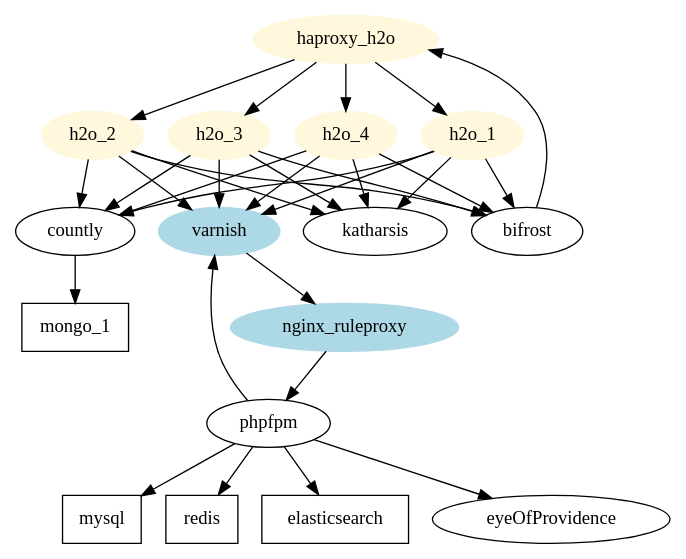
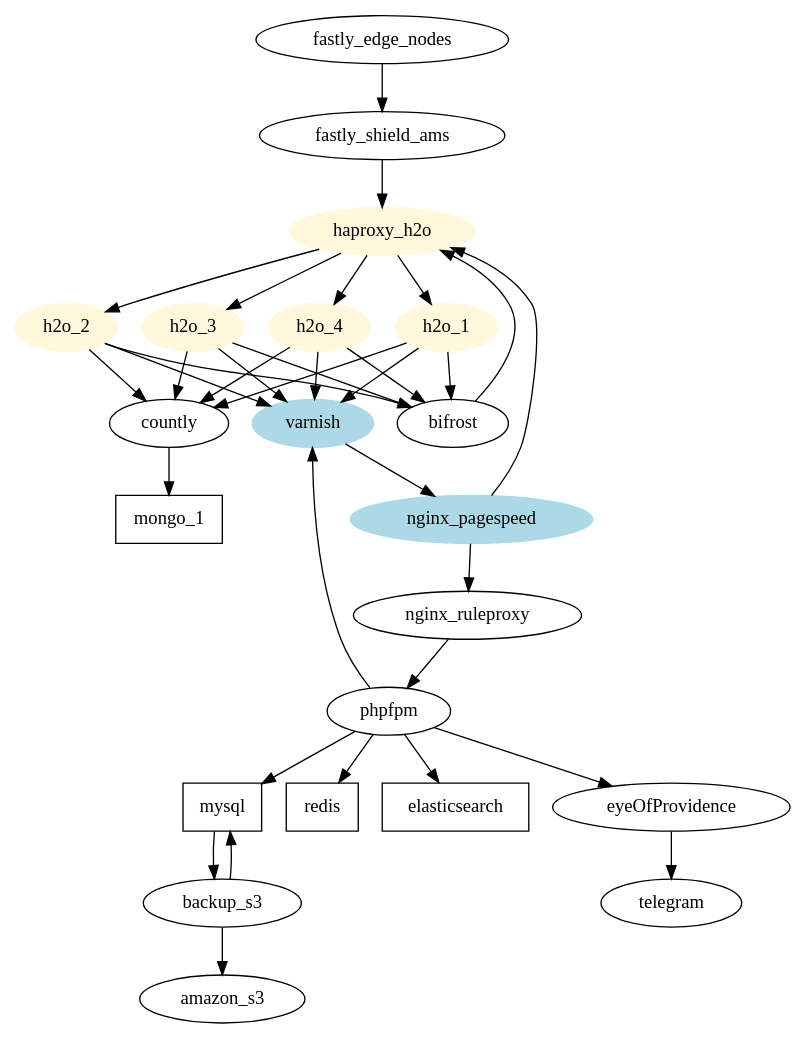
The diagram in architecture.dot (psychonautwiki/dmt-infrastructure), drawn with Graphviz before and after one commit. The commit also changed 39 other files, not shown here.

```diff
--- a/architecture.dot
+++ b/architecture.dot
@@ -1,59 +1,66 @@
 digraph G {
     subgraph incoming {
         node [style=filled,color=cornsilk];
 
         haproxy_h2o -> h2o_1;
         haproxy_h2o -> h2o_2;
         haproxy_h2o -> h2o_3;
         haproxy_h2o -> h2o_4;
 
         label = "h2o";
         color=blue
     }
 
     subgraph balance {
         node [style=filled,color=lightblue];
 
-        varnish -> nginx_ruleproxy;
+        varnish -> nginx_pagespeed;
 
         label = "Caching";
     }
+
+    fastly_edge_nodes -> fastly_shield_ams;
+
+    fastly_shield_ams -> haproxy_h2o;
 
     h2o_1 -> varnish;
     h2o_2 -> varnish;
     h2o_3 -> varnish;
     h2o_4 -> varnish;
 
     h2o_1 -> countly;
     h2o_2 -> countly;
     h2o_3 -> countly;
     h2o_4 -> countly;
 
-    h2o_1 -> katharsis;
-    h2o_2 -> katharsis;
-    h2o_3 -> katharsis;
-    h2o_4 -> katharsis;
-
     countly -> mongo_1;
 
     h2o_1 -> bifrost;
     h2o_2 -> bifrost;
     h2o_3 -> bifrost;
     h2o_4 -> bifrost;
 
     bifrost -> haproxy_h2o;
 
+    nginx_pagespeed -> haproxy_h2o;
+    nginx_pagespeed -> nginx_ruleproxy;
+
     nginx_ruleproxy -> phpfpm;
 
     phpfpm -> mysql;
     phpfpm -> redis;
     phpfpm -> elasticsearch;
     phpfpm -> eyeOfProvidence;
     phpfpm -> varnish;
 
+    eyeOfProvidence -> telegram;
+
+    mysql -> backup_s3;
+    backup_s3 -> mysql;
+    backup_s3 -> amazon_s3;
 
     mysql [shape=box];
     redis [shape=box];
     mongo_1 [shape=box];
     elasticsearch [shape=box];
 }
```
